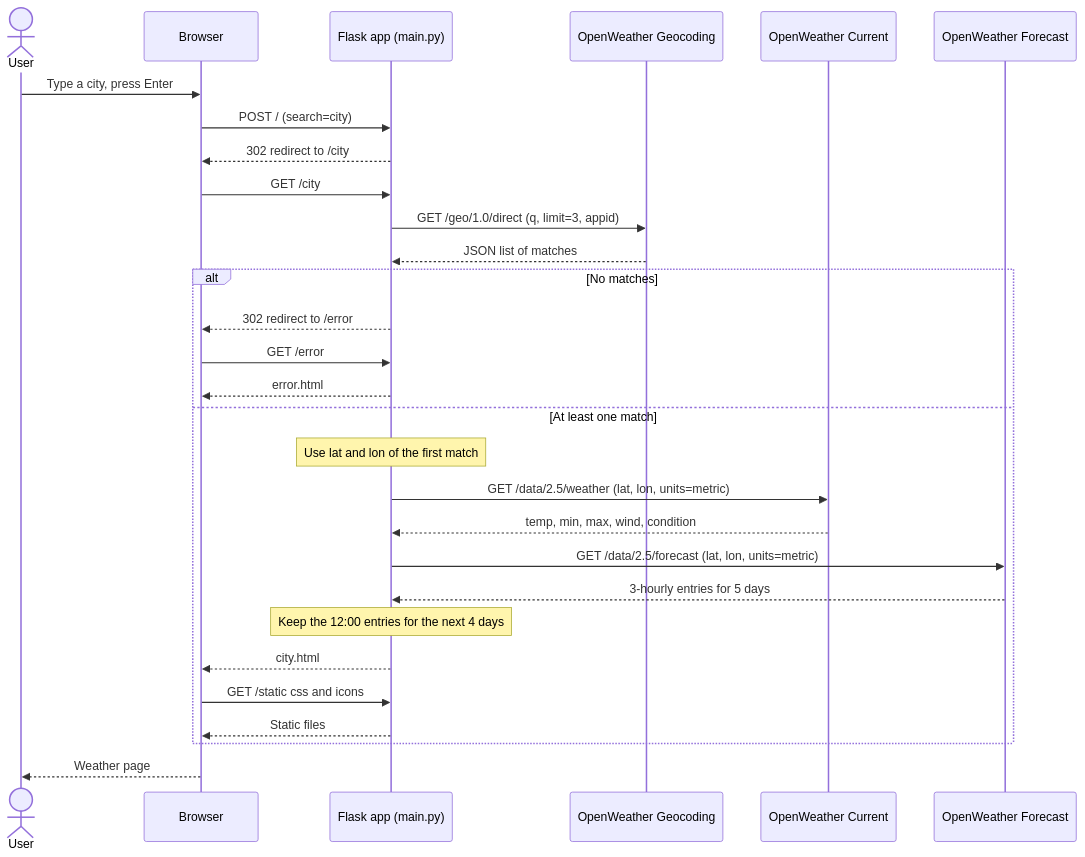
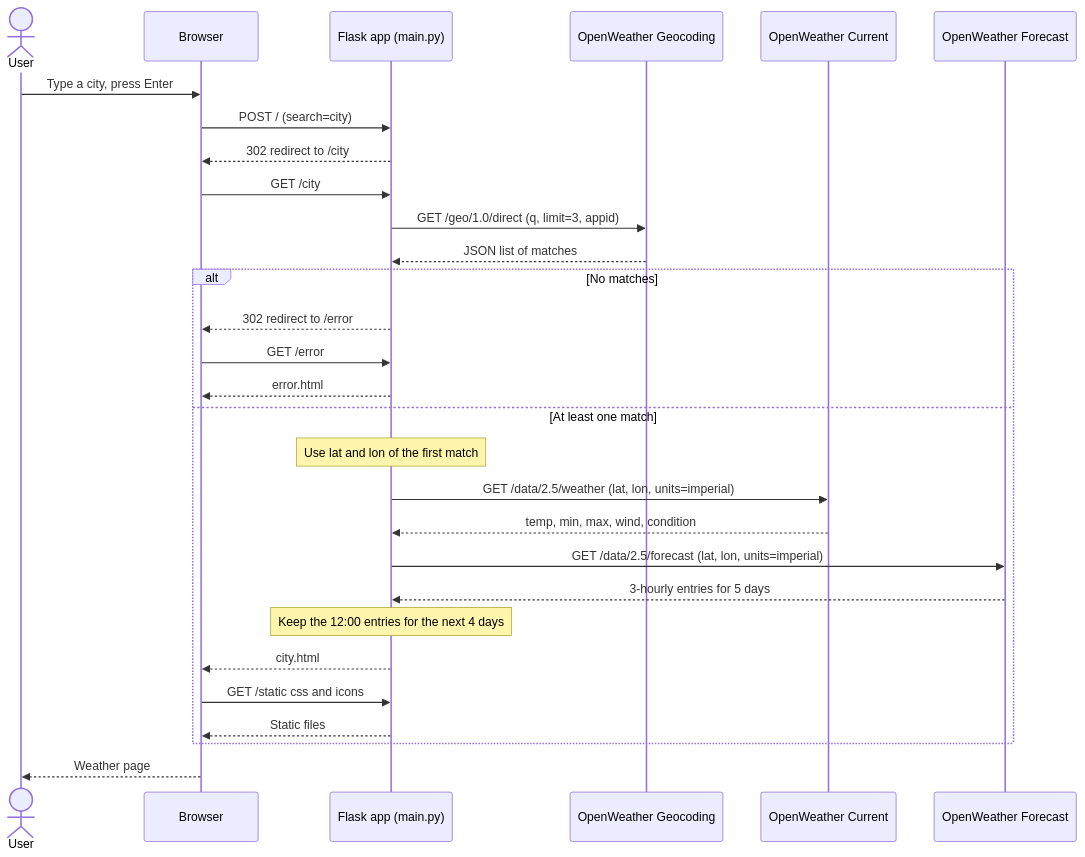
Before and after one commit to dpreschel/claude-code-training: the second of 3 diagrams in exercises/python/weather-app/docs/architecture.md, drawn with Mermaid. The commit also changed other lines of this file and 7 other files, not shown here.

First line of the commit message:
weather-app: switch to imperial units (°F, mph)

````diff
--- a/exercises/python/weather-app/docs/architecture.md
+++ b/exercises/python/weather-app/docs/architecture.md
@@ -58,35 +58,35 @@
 ```mermaid
 sequenceDiagram
     actor User
     participant Browser
     participant Flask as Flask app (main.py)
     participant Geo as OpenWeather Geocoding
     participant Current as OpenWeather Current
     participant Forecast as OpenWeather Forecast
 
     User->>Browser: Type a city, press Enter
     Browser->>Flask: POST / (search=city)
     Flask-->>Browser: 302 redirect to /city
     Browser->>Flask: GET /city
 
     Flask->>Geo: GET /geo/1.0/direct (q, limit=3, appid)
     Geo-->>Flask: JSON list of matches
 
     alt No matches
         Flask-->>Browser: 302 redirect to /error
         Browser->>Flask: GET /error
         Flask-->>Browser: error.html
     else At least one match
         Note over Flask: Use lat and lon of the first match
-        Flask->>Current: GET /data/2.5/weather (lat, lon, units=metric)
+        Flask->>Current: GET /data/2.5/weather (lat, lon, units=imperial)
         Current-->>Flask: temp, min, max, wind, condition
-        Flask->>Forecast: GET /data/2.5/forecast (lat, lon, units=metric)
+        Flask->>Forecast: GET /data/2.5/forecast (lat, lon, units=imperial)
         Forecast-->>Flask: 3-hourly entries for 5 days
         Note over Flask: Keep the 12:00 entries for the next 4 days
         Flask-->>Browser: city.html
         Browser->>Flask: GET /static css and icons
         Flask-->>Browser: Static files
     end
 
     Browser-->>User: Weather page
 ```
````
